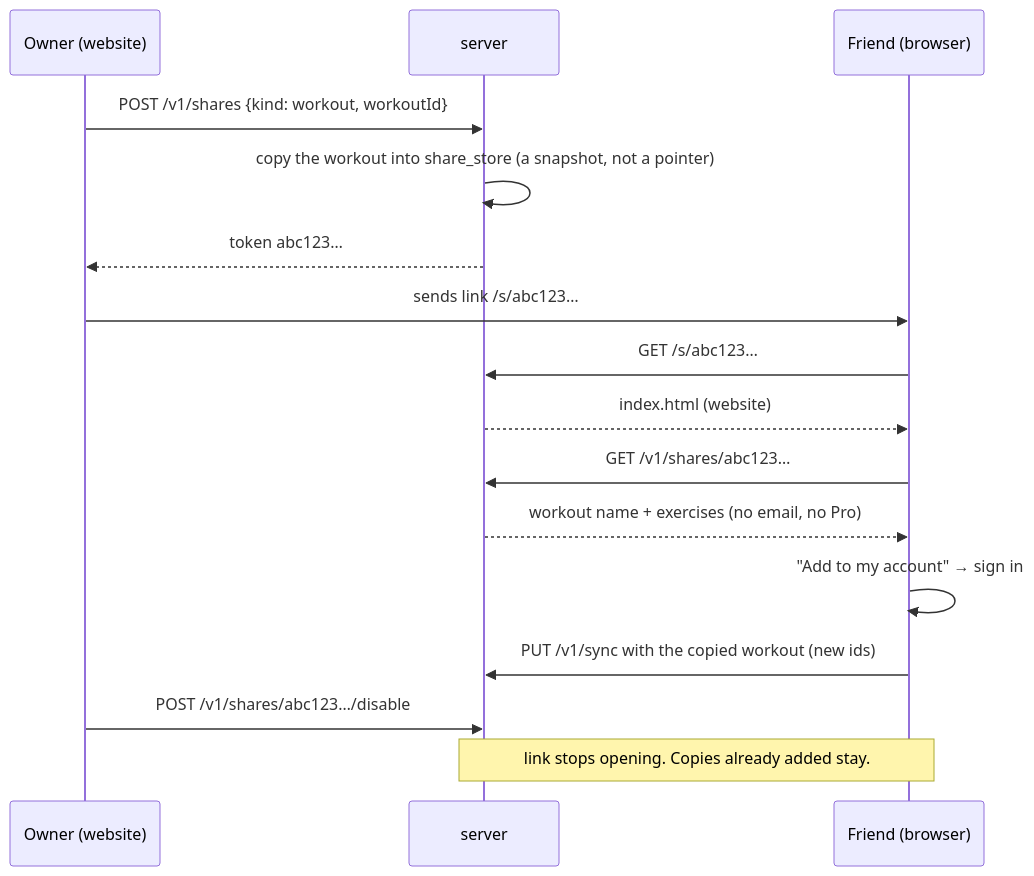
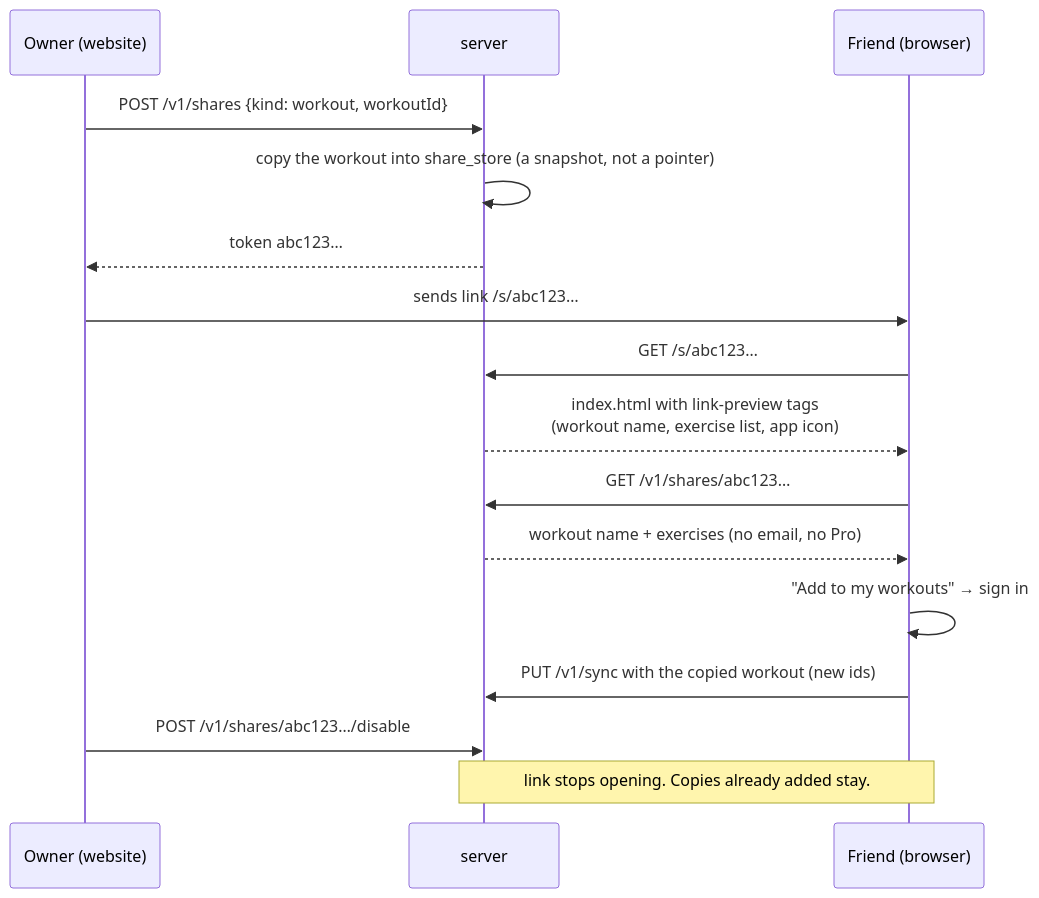
Before and after one commit to kuikai/stackfit: the fifth of 6 diagrams in GUIDE.md, drawn with Mermaid. The commit also changed other lines of this file and 74 other files, not shown here.

````diff
--- a/GUIDE.md
+++ b/GUIDE.md
@@ -214,19 +217,19 @@
 ```mermaid
 sequenceDiagram
   participant O as Owner (website)
   participant SV as server
   participant F as Friend (browser)
 
   O->>SV: POST /v1/shares {kind: workout, workoutId}
   SV->>SV: copy the workout into share_store (a snapshot, not a pointer)
   SV-->>O: token abc123…
   O->>F: sends link  /s/abc123…
   F->>SV: GET /s/abc123…
-  SV-->>F: index.html (website)
+  SV-->>F: index.html with link-preview tags<br/>(workout name, exercise list, app icon)
   F->>SV: GET /v1/shares/abc123…
   SV-->>F: workout name + exercises (no email, no Pro)
-  F->>F: "Add to my account" → sign in
+  F->>F: "Add to my workouts" → sign in
   F->>SV: PUT /v1/sync with the copied workout (new ids)
   O->>SV: POST /v1/shares/abc123…/disable
   Note over SV,F: link stops opening. Copies already added stay.
 ```
````
